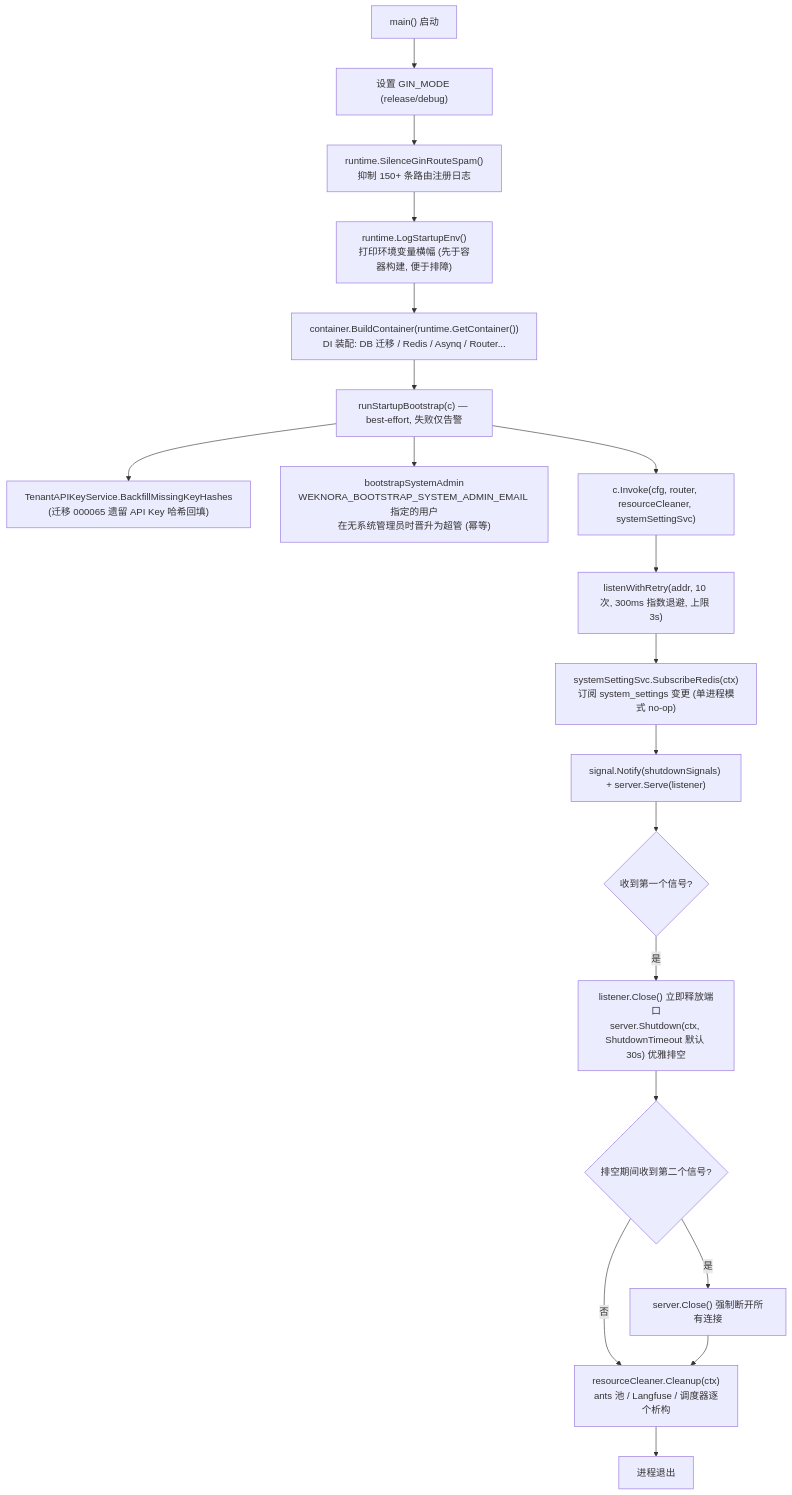
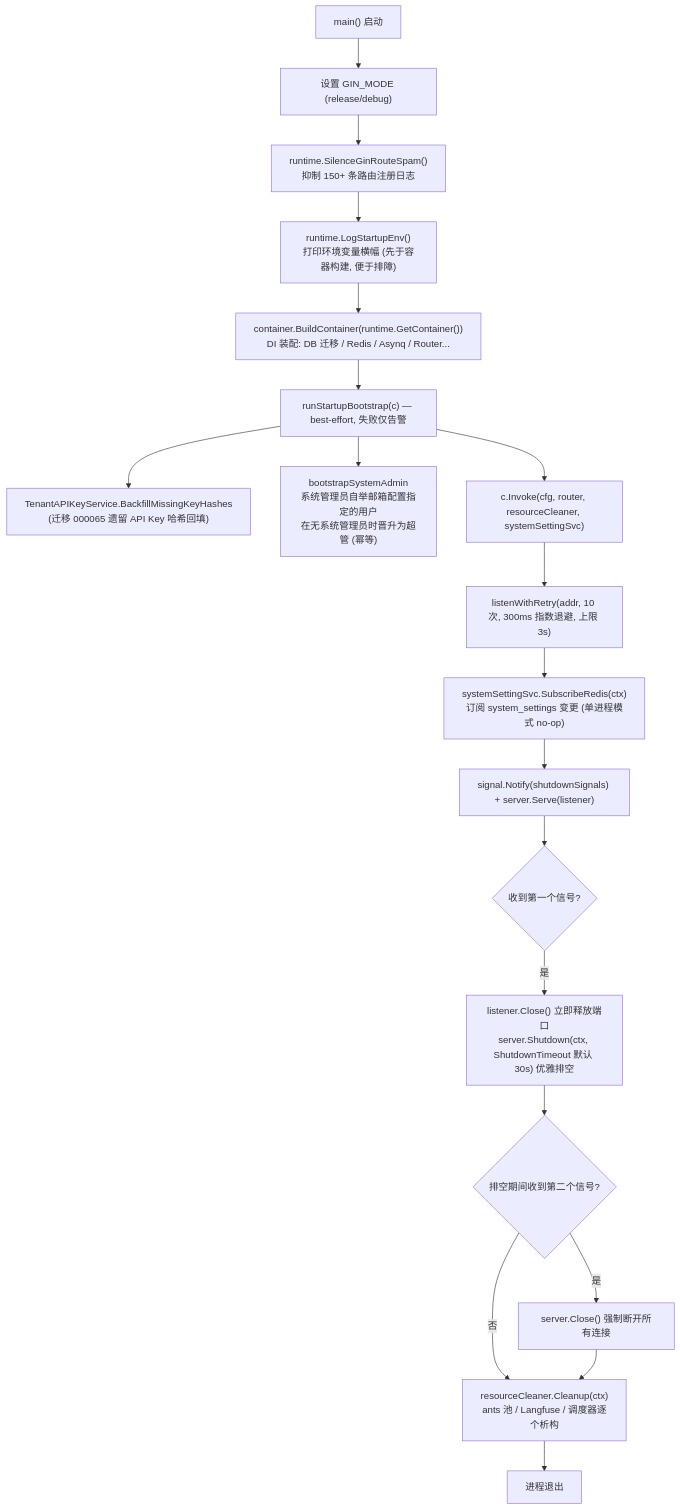
The second of 3 diagrams in apps/docs/02-architecture/02-backend-design.md (qinlei131479/WeKnora), drawn with Mermaid before and after one commit. The commit also changed other lines of this file and 41 other files, not shown here.

````diff
--- a/apps/docs/02-architecture/02-backend-design.md
+++ b/apps/docs/02-architecture/02-backend-design.md
@@ -107,21 +107,21 @@
 ```mermaid
 flowchart TD
     A["main() 启动"] --> B["设置 GIN_MODE (release/debug)"]
     B --> C["runtime.SilenceGinRouteSpam()<br/>抑制 150+ 条路由注册日志"]
     C --> D["runtime.LogStartupEnv()<br/>打印环境变量横幅 (先于容器构建, 便于排障)"]
     D --> E["container.BuildContainer(runtime.GetContainer())<br/>DI 装配: DB 迁移 / Redis / Asynq / Router..."]
     E --> F["runStartupBootstrap(c) — best-effort, 失败仅告警"]
     F --> F1["TenantAPIKeyService.BackfillMissingKeyHashes<br/>(迁移 000065 遗留 API Key 哈希回填)"]
-    F --> F2["bootstrapSystemAdmin<br/>WEKNORA_BOOTSTRAP_SYSTEM_ADMIN_EMAIL 指定的用户<br/>在无系统管理员时晋升为超管 (幂等)"]
+    F --> F2["bootstrapSystemAdmin<br/>系统管理员自举邮箱配置指定的用户<br/>在无系统管理员时晋升为超管 (幂等)"]
     F --> G["c.Invoke(cfg, router, resourceCleaner, systemSettingSvc)"]
     G --> H["listenWithRetry(addr, 10 次, 300ms 指数退避, 上限 3s)"]
     H --> I["systemSettingSvc.SubscribeRedis(ctx)<br/>订阅 system_settings 变更 (单进程模式 no-op)"]
     I --> J["signal.Notify(shutdownSignals) + server.Serve(listener)"]
     J --> K{"收到第一个信号?"}
     K -->|是| L["listener.Close() 立即释放端口<br/>server.Shutdown(ctx, ShutdownTimeout 默认 30s) 优雅排空"]
     L --> M{"排空期间收到第二个信号?"}
     M -->|是| N["server.Close() 强制断开所有连接"]
     M -->|否| O["resourceCleaner.Cleanup(ctx)<br/>ants 池 / Langfuse / 调度器逐个析构"]
     N --> O
     O --> P["进程退出"]
 ```
````
